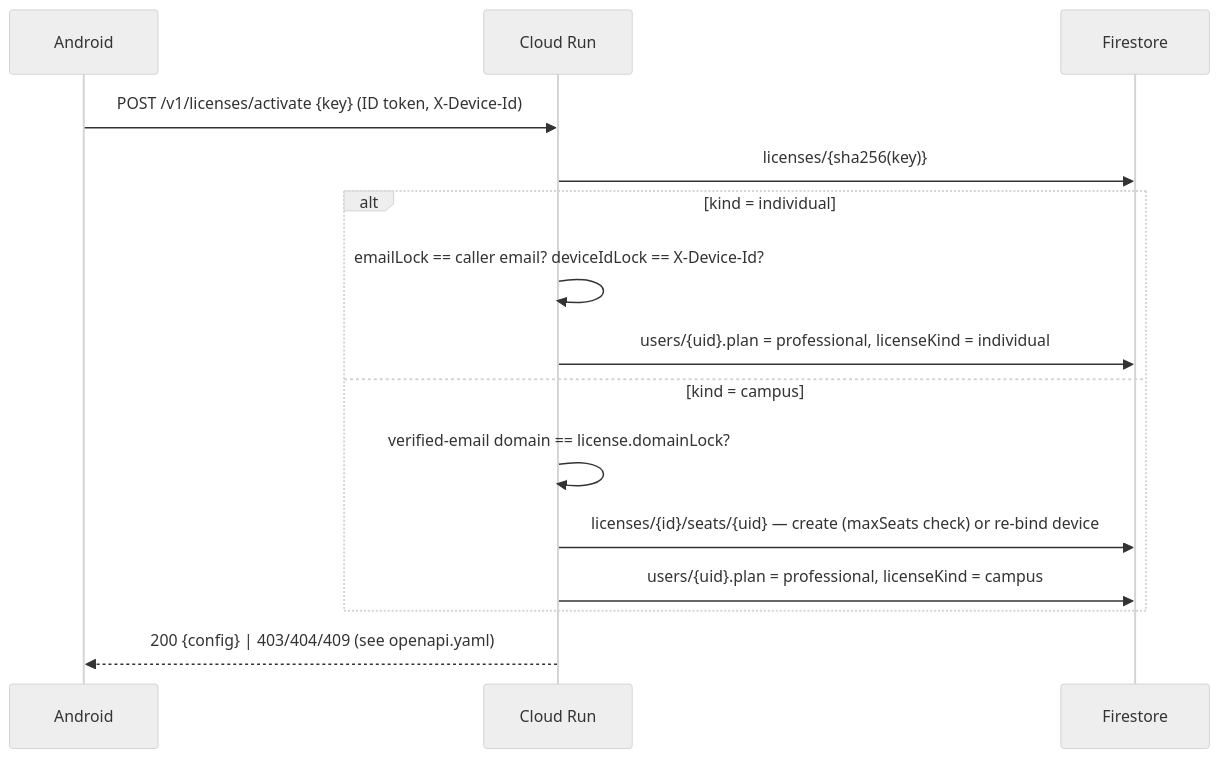
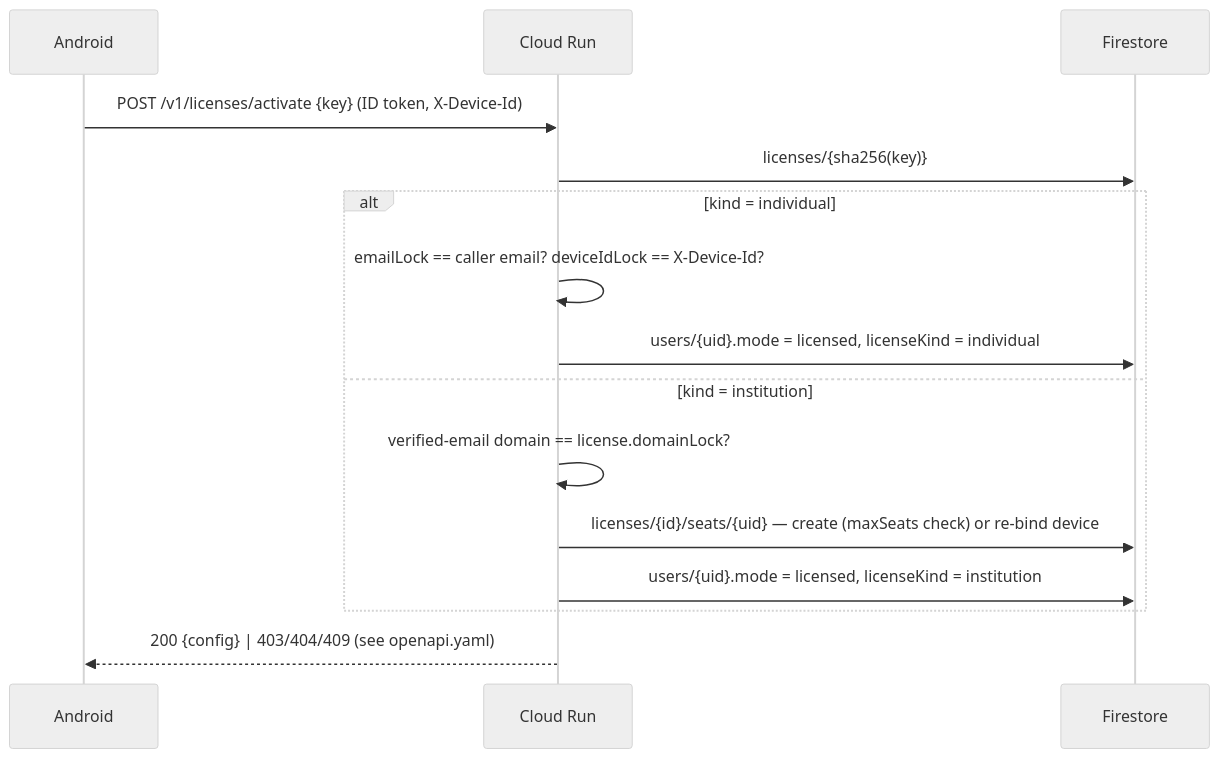
The fifth of 5 diagrams in docs/backend/CLOUD_ARCHITECTURE_GCP.md (sempermechanics/material_testing), drawn with Mermaid (neutral theme) before and after one commit. The commit also changed other lines of this file and 9 other files, not shown here.

````diff
--- a/docs/backend/CLOUD_ARCHITECTURE_GCP.md
+++ b/docs/backend/CLOUD_ARCHITECTURE_GCP.md
@@ -915,17 +916,17 @@
 ```mermaid
 sequenceDiagram
     participant A as Android
     participant R as Cloud Run
     participant F as Firestore
     A->>R: POST /v1/licenses/activate {key} (ID token, X-Device-Id)
     R->>F: licenses/{sha256(key)}
     alt kind = individual
         R->>R: emailLock == caller email? deviceIdLock == X-Device-Id?
-        R->>F: users/{uid}.plan = professional, licenseKind = individual
-    else kind = campus
+        R->>F: users/{uid}.mode = licensed, licenseKind = individual
+    else kind = institution
         R->>R: verified-email domain == license.domainLock?
         R->>F: licenses/{id}/seats/{uid} — create (maxSeats check) or re-bind device
-        R->>F: users/{uid}.plan = professional, licenseKind = campus
+        R->>F: users/{uid}.mode = licensed, licenseKind = institution
     end
     R-->>A: 200 {config} | 403/404/409 (see openapi.yaml)
 ```
````
